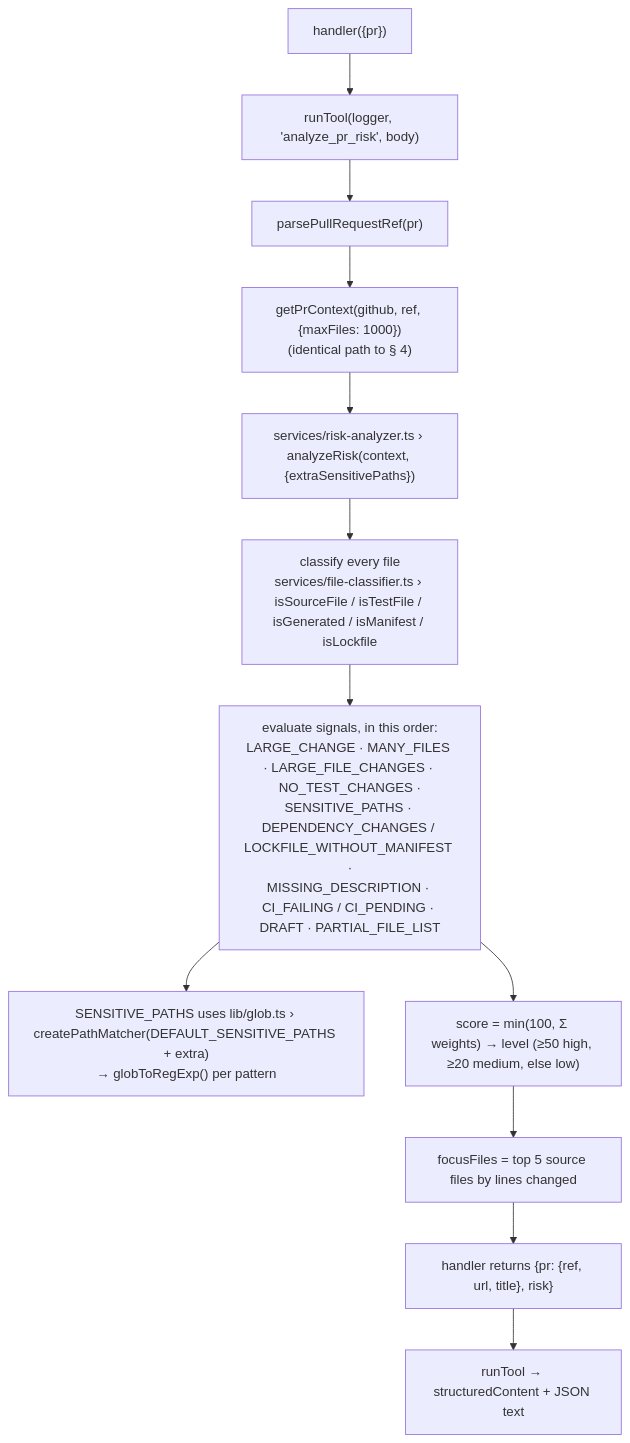
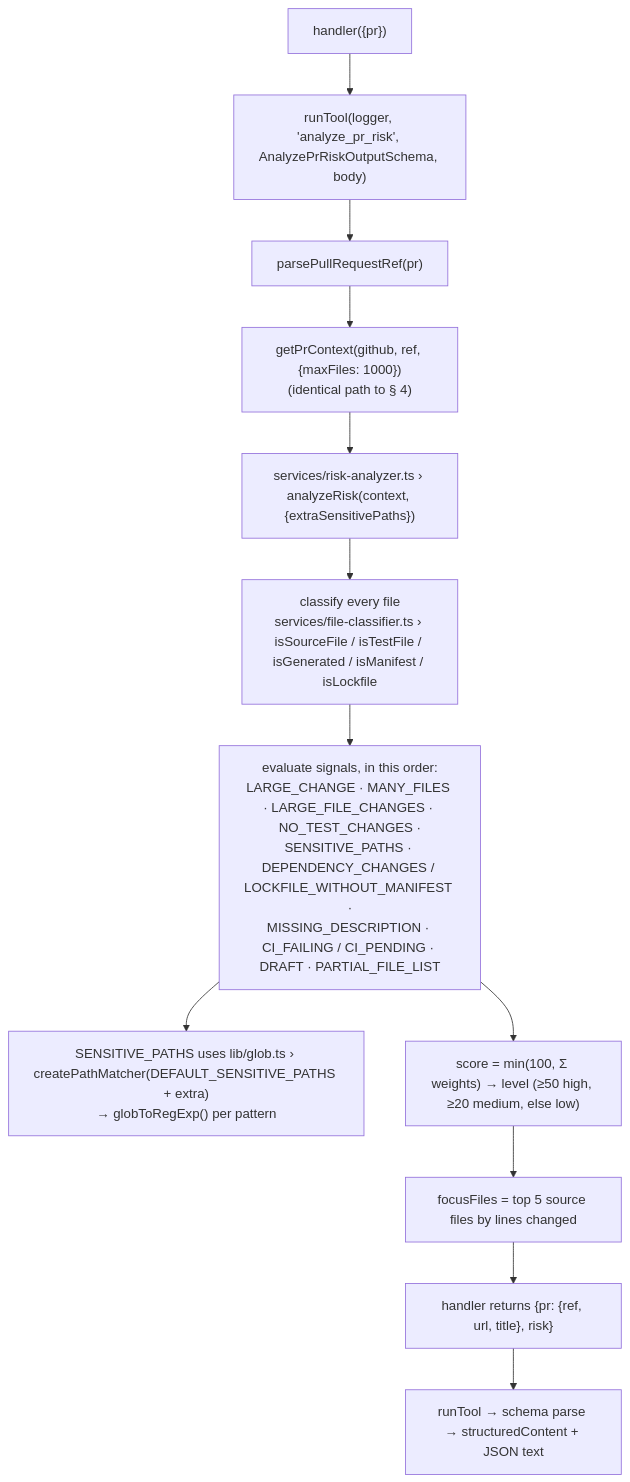
The fifth of 15 diagrams in Flow.md (Kaushal-SF/MCP_Demo), drawn with Mermaid before and after one commit. The commit also changed other lines of this file and 49 other files, not shown here.

````diff
--- a/Flow.md
+++ b/Flow.md
@@ -165,14 +185,14 @@
 ```mermaid
 flowchart TD
-    A["handler({pr})"] --> B["runTool(logger, 'analyze_pr_risk', body)"]
+    A["handler({pr})"] --> B["runTool(logger, 'analyze_pr_risk', AnalyzePrRiskOutputSchema, body)"]
     B --> C["parsePullRequestRef(pr)"]
     C --> D["getPrContext(github, ref, {maxFiles: 1000})<br/>(identical path to § 4)"]
     D --> E["services/risk-analyzer.ts › analyzeRisk(context, {extraSensitivePaths})"]
     E --> F["classify every file<br/>services/file-classifier.ts › isSourceFile / isTestFile / isGenerated / isManifest / isLockfile"]
     F --> G["evaluate signals, in this order:<br/>LARGE_CHANGE · MANY_FILES · LARGE_FILE_CHANGES · NO_TEST_CHANGES ·<br/>SENSITIVE_PATHS · DEPENDENCY_CHANGES / LOCKFILE_WITHOUT_MANIFEST ·<br/>MISSING_DESCRIPTION · CI_FAILING / CI_PENDING · DRAFT · PARTIAL_FILE_LIST"]
     G --> G1["SENSITIVE_PATHS uses lib/glob.ts › createPathMatcher(DEFAULT_SENSITIVE_PATHS + extra)<br/>→ globToRegExp() per pattern"]
     G --> H["score = min(100, Σ weights) → level (≥50 high, ≥20 medium, else low)"]
     H --> I["focusFiles = top 5 source files by lines changed"]
     I --> J["handler returns {pr: {ref, url, title}, risk}"]
-    J --> K["runTool → structuredContent + JSON text"]
+    J --> K["runTool → schema parse → structuredContent + JSON text"]
 ```
````
